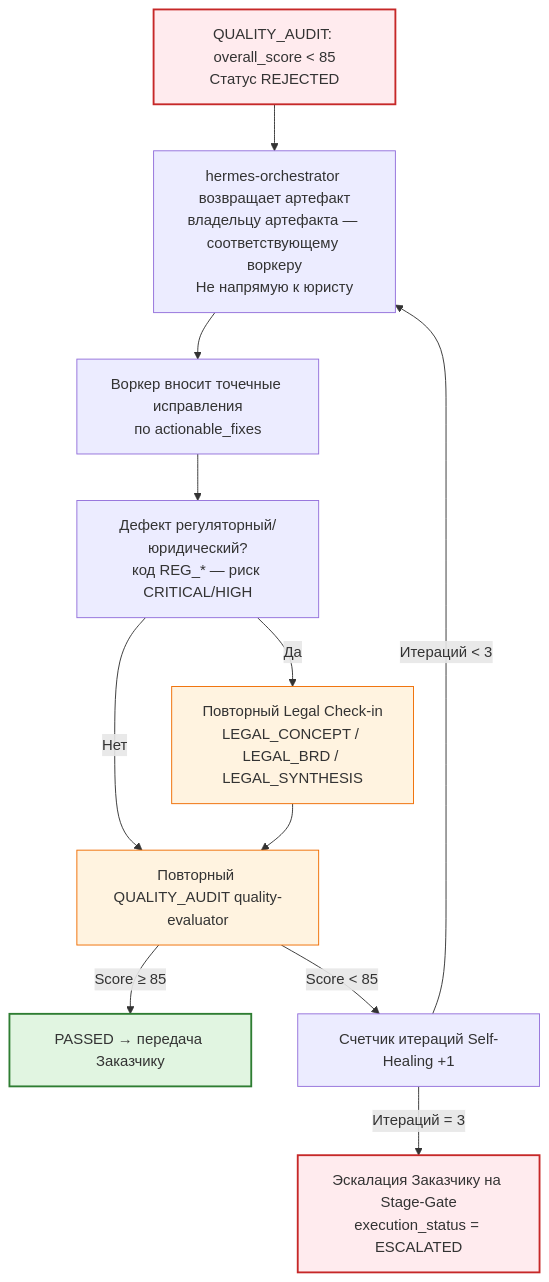
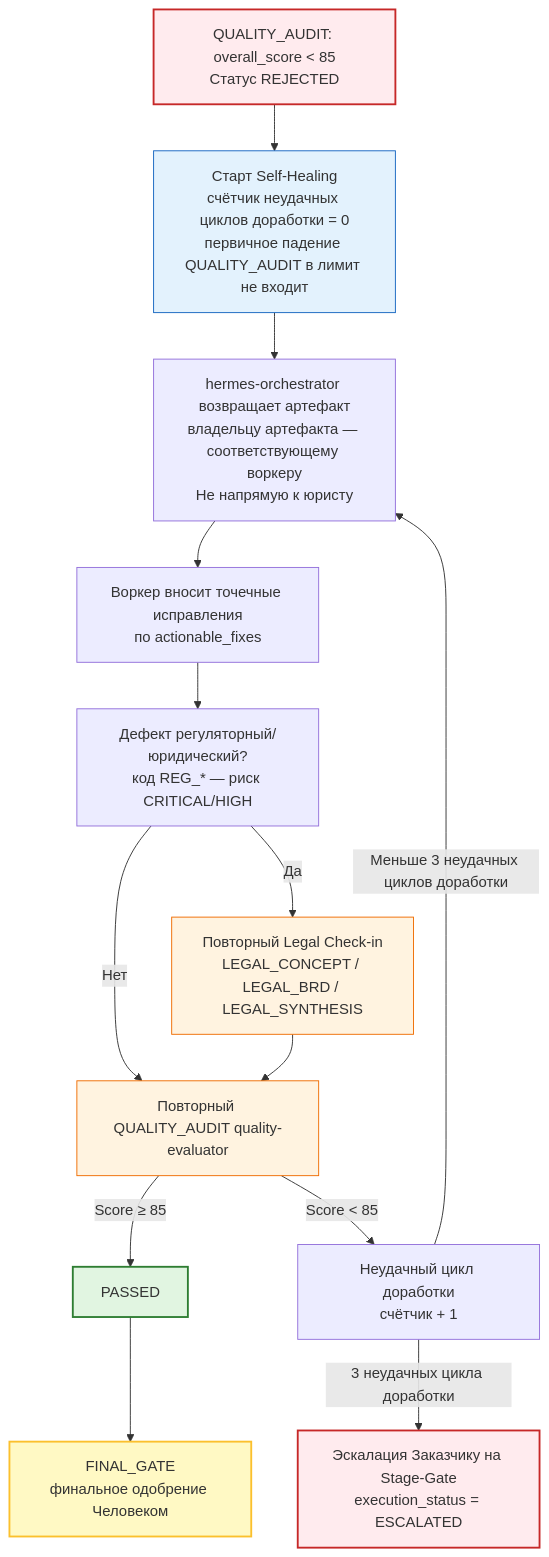
One commit to DenisZakharov2/hermes-protocol-team changed the diagram in docs/diagrams/self-healing.mmd. Above: the diagram before and after it, drawn with Mermaid. The commit also changed 2 other files, not shown here.

Commit message:
docs: fix DAG and self-healing diagrams (M6)

```diff
--- a/docs/diagrams/self-healing.mmd
+++ b/docs/diagrams/self-healing.mmd
@@ -1,27 +1,33 @@
 %% Цикл Self-Healing (самовосстановления) Hermes Protocol
 
 flowchart TD
     A["QUALITY_AUDIT: overall_score < 85<br/>Статус REJECTED"]
 
-    A --> B["hermes-orchestrator возвращает артефакт<br/>владельцу артефакта — соответствующему воркеру<br/>Не напрямую к юристу"]
+    A --> S["Старт Self-Healing<br/>счётчик неудачных циклов доработки = 0<br/>первичное падение QUALITY_AUDIT в лимит не входит"]
+
+    S --> B["hermes-orchestrator возвращает артефакт<br/>владельцу артефакта — соответствующему воркеру<br/>Не напрямую к юристу"]
 
     B --> C[Воркер вносит точечные исправления<br/>по actionable_fixes]
 
     C --> D[Дефект регуляторный/юридический?<br/>код REG_* — риск CRITICAL/HIGH]
 
     D -->|Нет| E[Повторный QUALITY_AUDIT quality-evaluator]
     D -->|Да| F["Повторный Legal Check-in<br/>LEGAL_CONCEPT / LEGAL_BRD / LEGAL_SYNTHESIS"]
 
     F --> E
 
-    E -->|Score ≥ 85| G[PASSED → передача Заказчику]
-    E -->|Score < 85| H[Счетчик итераций Self-Healing +1]
+    E -->|Score ≥ 85| G[PASSED]
+    G --> GT["FINAL_GATE<br/>финальное одобрение Человеком"]
 
-    H -->|Итераций < 3| B
-    H -->|Итераций = 3| I[Эскалация Заказчику на Stage-Gate<br/>execution_status = ESCALATED]
+    E -->|Score < 85| H["Неудачный цикл доработки<br/>счётчик + 1"]
+
+    H -->|"Меньше 3 неудачных циклов доработки"| B
+    H -->|"3 неудачных цикла доработки"| I[Эскалация Заказчику на Stage-Gate<br/>execution_status = ESCALATED]
 
     style A fill:#ffebee,stroke:#c62828,stroke-width:2px
+    style S fill:#e3f2fd,stroke:#1565c0
     style E fill:#fff3e0,stroke:#ef6c00
     style F fill:#fff3e0,stroke:#ef6c00
     style G fill:#e1f5e1,stroke:#2e7d32,stroke-width:2px
+    style GT fill:#fff9c4,stroke:#fbc02d,stroke-width:2px
     style I fill:#ffebee,stroke:#c62828,stroke-width:2px
```
